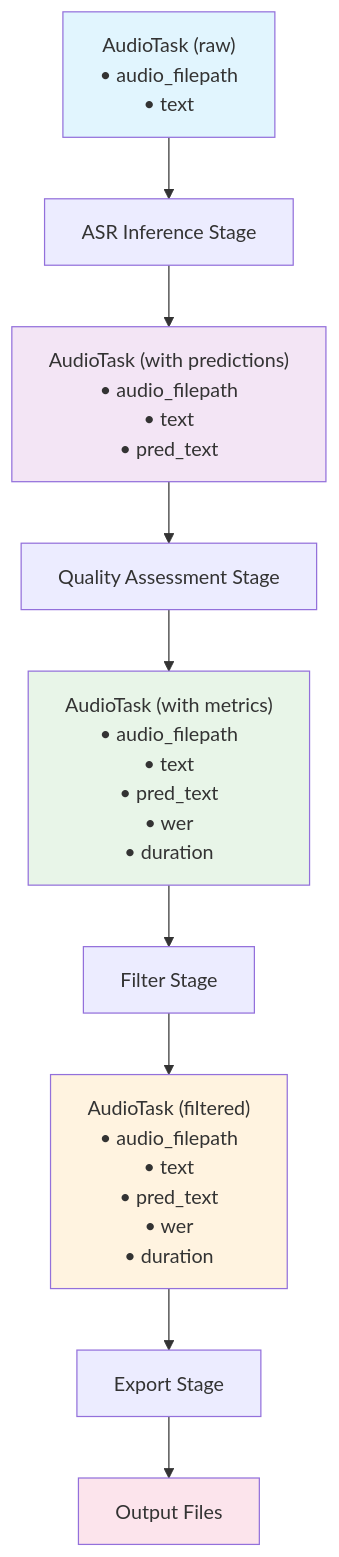
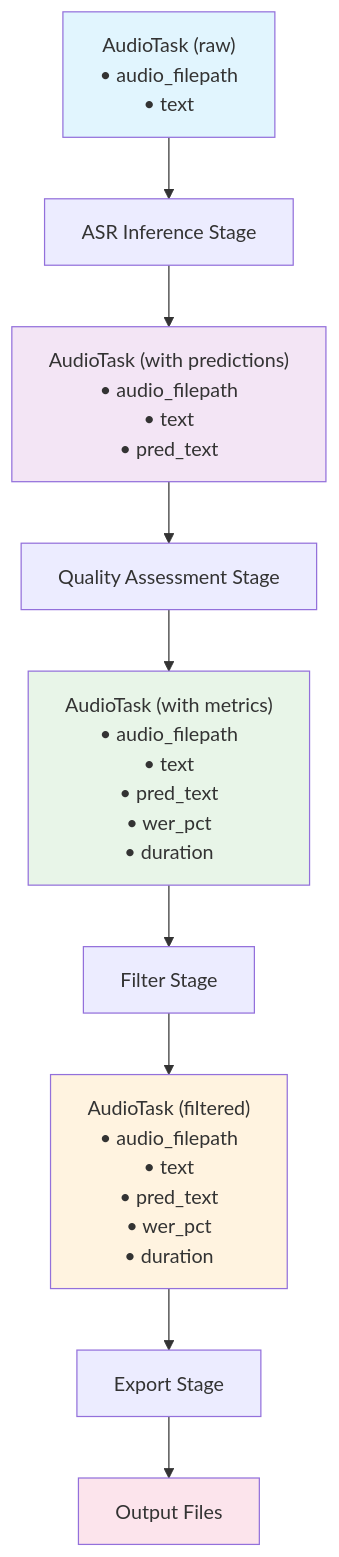
Before and after one commit to NVIDIA-NeMo/Curator: the diagram in fern/versions/main/pages/about/concepts/audio/audio-task.mdx, drawn with Mermaid. The commit also changed other lines of this file and 16 other files, not shown here.

````diff
--- a/fern/versions/main/pages/about/concepts/audio/audio-task.mdx
+++ b/fern/versions/main/pages/about/concepts/audio/audio-task.mdx
@@ -163,17 +165,17 @@
 ```mermaid
 flowchart TD
     A["AudioTask (raw)<br/>• audio_filepath<br/>• text"] --> B[ASR Inference Stage]
     B --> C["AudioTask (with predictions)<br/>• audio_filepath<br/>• text<br/>• pred_text"]
     C --> D[Quality Assessment Stage]
-    D --> E["AudioTask (with metrics)<br/>• audio_filepath<br/>• text<br/>• pred_text<br/>• wer<br/>• duration"]
+    D --> E["AudioTask (with metrics)<br/>• audio_filepath<br/>• text<br/>• pred_text<br/>• wer_pct<br/>• duration"]
     E --> F[Filter Stage]
-    F --> G["AudioTask (filtered)<br/>• audio_filepath<br/>• text<br/>• pred_text<br/>• wer<br/>• duration"]
+    F --> G["AudioTask (filtered)<br/>• audio_filepath<br/>• text<br/>• pred_text<br/>• wer_pct<br/>• duration"]
     G --> H[Export Stage]
     H --> I[Output Files]
 
     style A fill:#e1f5fe
     style C fill:#f3e5f5
     style E fill:#e8f5e8
     style G fill:#fff3e0
     style I fill:#fce4ec
 ```
````
